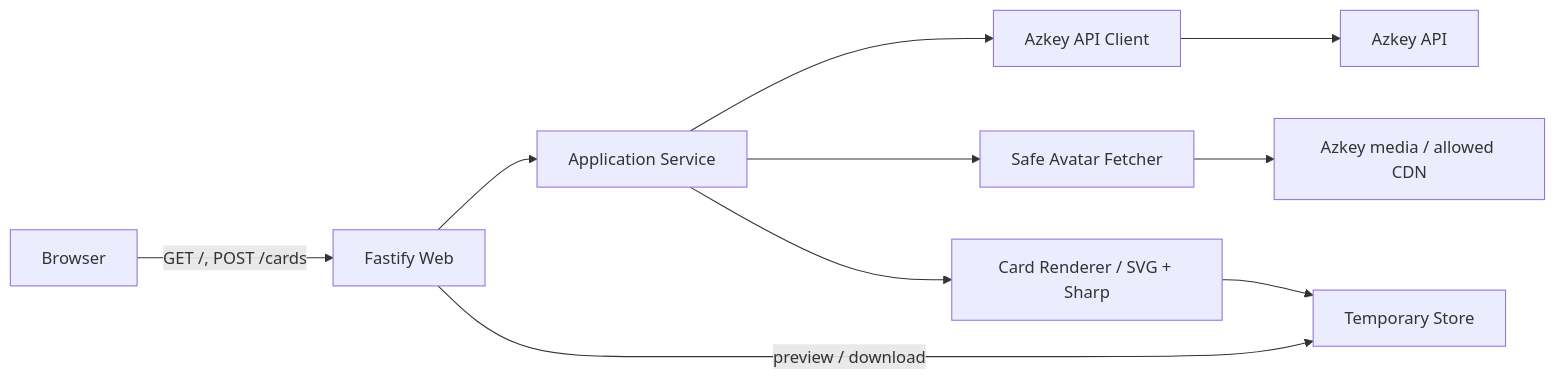
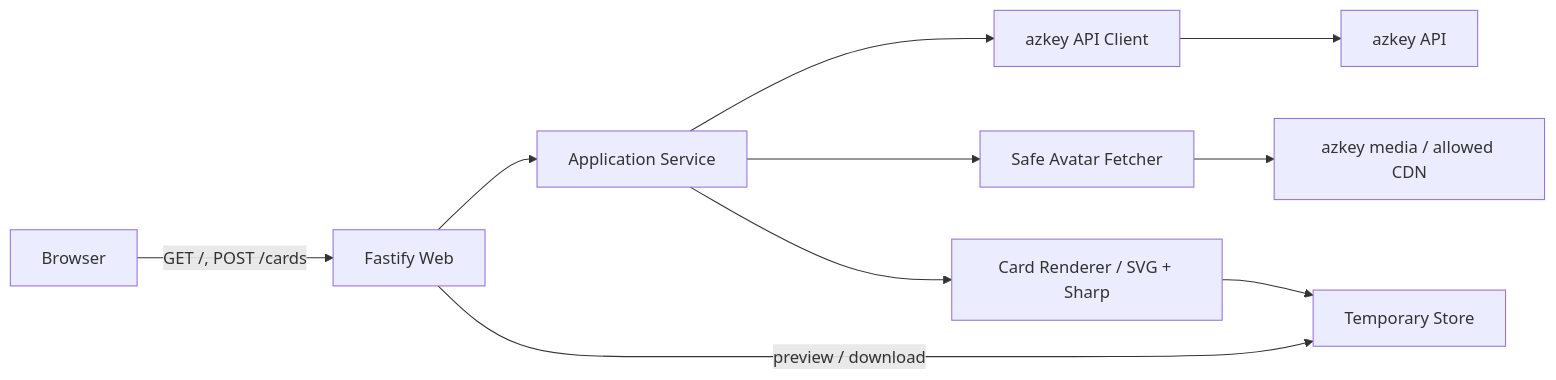
The diagram in docs/design/initial-technical-design.md (azuki774/azkey-card-generator), drawn with Mermaid before and after one commit. The commit also changed other lines of this file and 10 other files, not shown here.

````diff
--- a/docs/design/initial-technical-design.md
+++ b/docs/design/initial-technical-design.md
@@ -146,12 +146,12 @@
 ```mermaid
 flowchart LR
     B[Browser] -->|GET /, POST /cards| W[Fastify Web]
     W --> A[Application Service]
-    A --> C[Azkey API Client]
-    C --> Z[Azkey API]
+    A --> C[azkey API Client]
+    C --> Z[azkey API]
     A --> F[Safe Avatar Fetcher]
-    F --> M[Azkey media / allowed CDN]
+    F --> M[azkey media / allowed CDN]
     A --> R[Card Renderer / SVG + Sharp]
     R --> S[Temporary Store]
     W -->|preview / download| S
 ```
````
